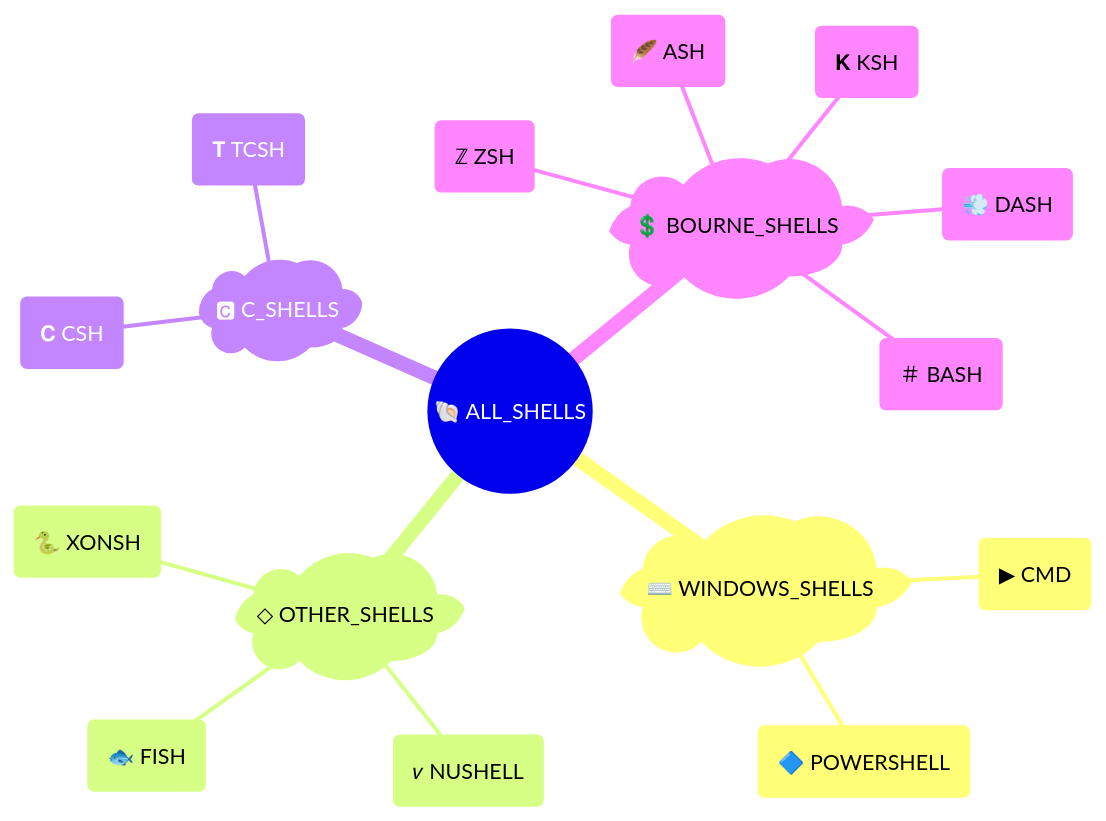
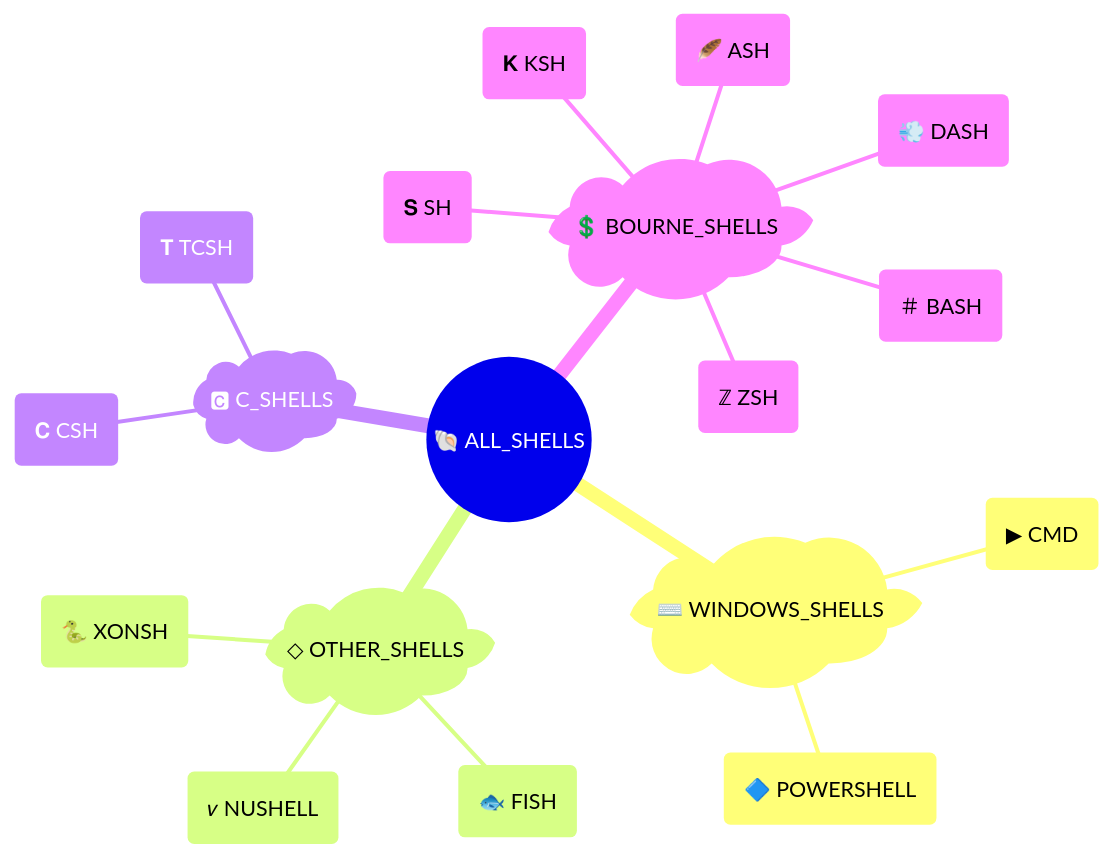
One commit to kdeldycke/extra-platforms changed the third of 6 diagrams in readme.md. Above: the diagram before and after it, drawn with Mermaid. The commit also changed other lines of this file and 11 other files, not shown here.

````diff
--- a/readme.md
+++ b/readme.md
@@ -376,23 +376,24 @@
 ```mermaid
 ---
 config: {"mindmap": {"padding": 5}}
 ---
 mindmap
     ((🐚 ALL_SHELLS))
         )⌨️ WINDOWS_SHELLS(
             (▶ CMD)
             (🔷 POWERSHELL)
         )◇ OTHER_SHELLS(
             (🐟 FISH)
             (𝜈 NUSHELL)
             (🐍 XONSH)
         )🅲 C_SHELLS(
             (𝐂 CSH)
             (𝐓 TCSH)
         )💲 BOURNE_SHELLS(
             (🪶 ASH)
             (＃ BASH)
             (💨 DASH)
             (𝐊 KSH)
+            (𝐒 SH)
             (ℤ ZSH)
 ```
````
